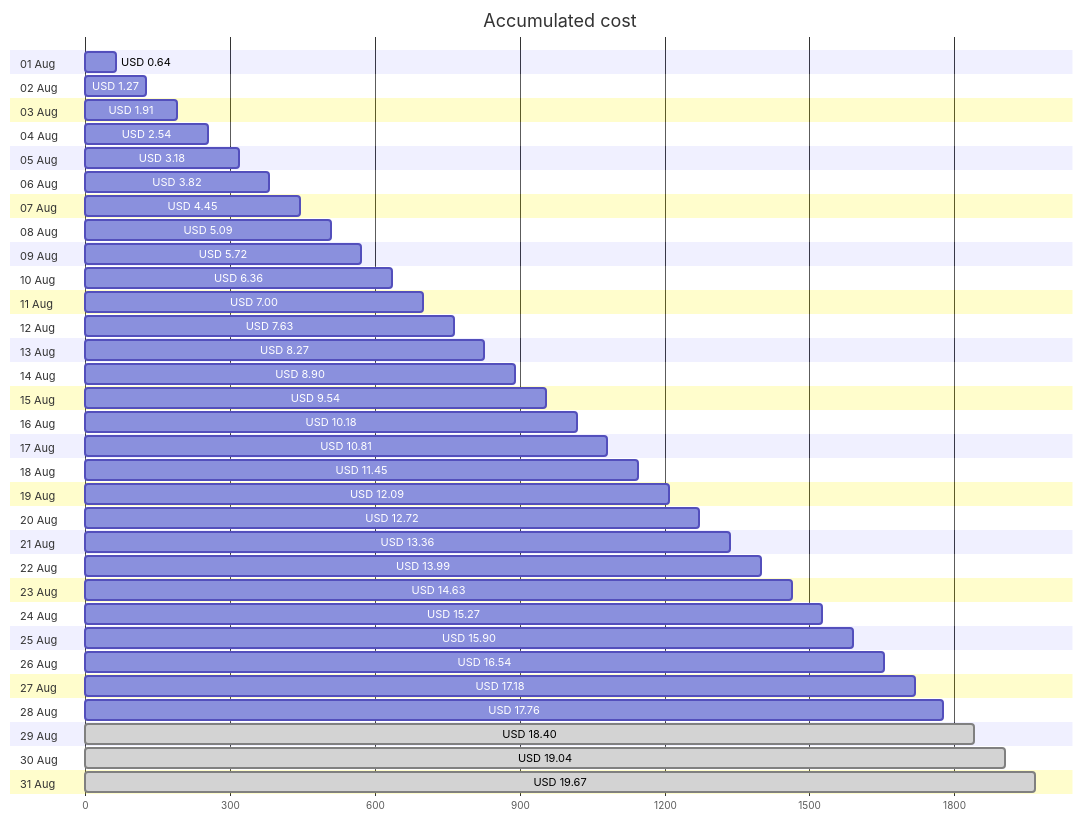
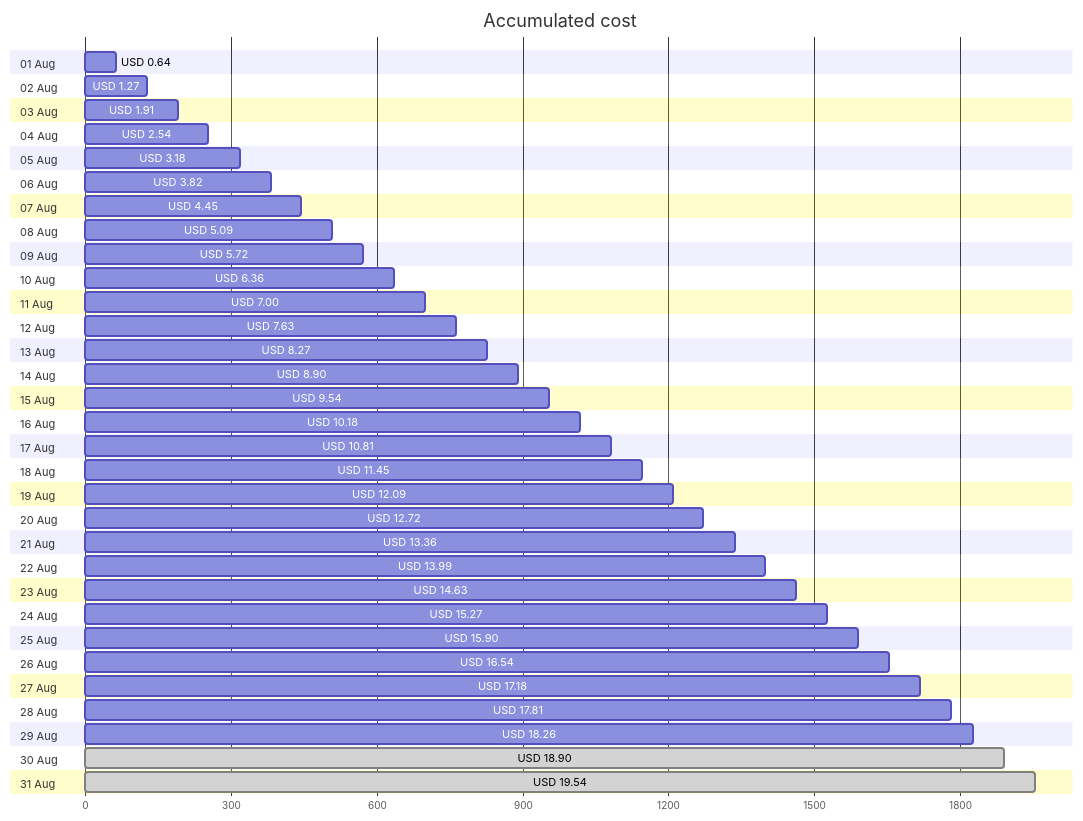
Before and after one commit to jpfulton/azure-personal-reports: the first of 4 diagrams in cost-reports/accumulated-cost.md, drawn with Mermaid. The commit also changed other lines of this file and 4 other files, not shown here.

````diff
--- a/cost-reports/accumulated-cost.md
+++ b/cost-reports/accumulated-cost.md
@@ -20,68 +20,68 @@
 ```mermaid
 gantt
    title Accumulated cost
    dateFormat  X
    axisFormat %s
    section 01 Aug
    USD 0.64 :0, 64
    section 02 Aug
    USD 1.27 :0, 127
    section 03 Aug
    USD 1.91 :0, 191
    section 04 Aug
    USD 2.54 :0, 254
    section 05 Aug
    USD 3.18 :0, 318
    section 06 Aug
    USD 3.82 :0, 382
    section 07 Aug
    USD 4.45 :0, 445
    section 08 Aug
    USD 5.09 :0, 509
    section 09 Aug
    USD 5.72 :0, 572
    section 10 Aug
    USD 6.36 :0, 636
    section 11 Aug
    USD 7.00 :0, 700
    section 12 Aug
    USD 7.63 :0, 763
    section 13 Aug
    USD 8.27 :0, 827
    section 14 Aug
    USD 8.90 :0, 890
    section 15 Aug
    USD 9.54 :0, 954
    section 16 Aug
    USD 10.18 :0, 1018
    section 17 Aug
    USD 10.81 :0, 1081
    section 18 Aug
    USD 11.45 :0, 1145
    section 19 Aug
    USD 12.09 :0, 1209
    section 20 Aug
    USD 12.72 :0, 1272
    section 21 Aug
    USD 13.36 :0, 1336
    section 22 Aug
    USD 13.99 :0, 1399
    section 23 Aug
    USD 14.63 :0, 1463
    section 24 Aug
    USD 15.27 :0, 1527
    section 25 Aug
    USD 15.90 :0, 1590
    section 26 Aug
    USD 16.54 :0, 1654
    section 27 Aug
    USD 17.18 :0, 1718
    section 28 Aug
-   USD 17.76 :0, 1776
+   USD 17.81 :0, 1781
    section 29 Aug
-   USD 18.40 : done, 0, 1840
+   USD 18.26 :0, 1826
    section 30 Aug
-   USD 19.04 : done, 0, 1904
+   USD 18.90 : done, 0, 1890
    section 31 Aug
-   USD 19.67 : done, 0, 1967
+   USD 19.54 : done, 0, 1954
 ```
````
